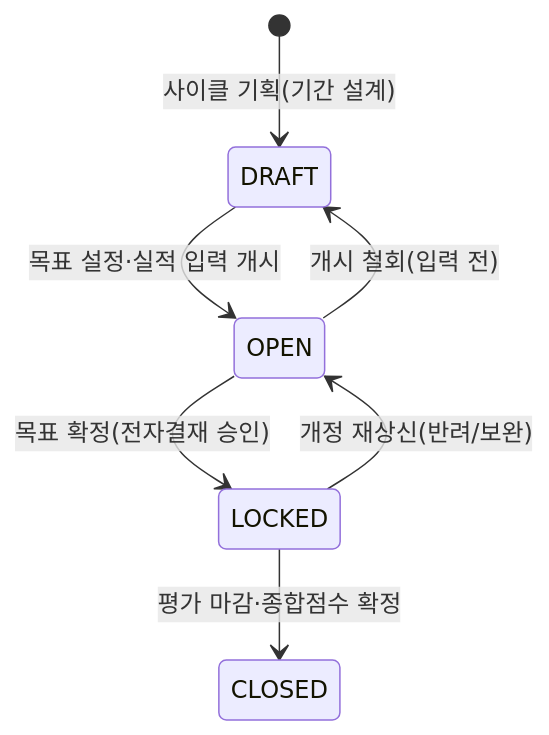
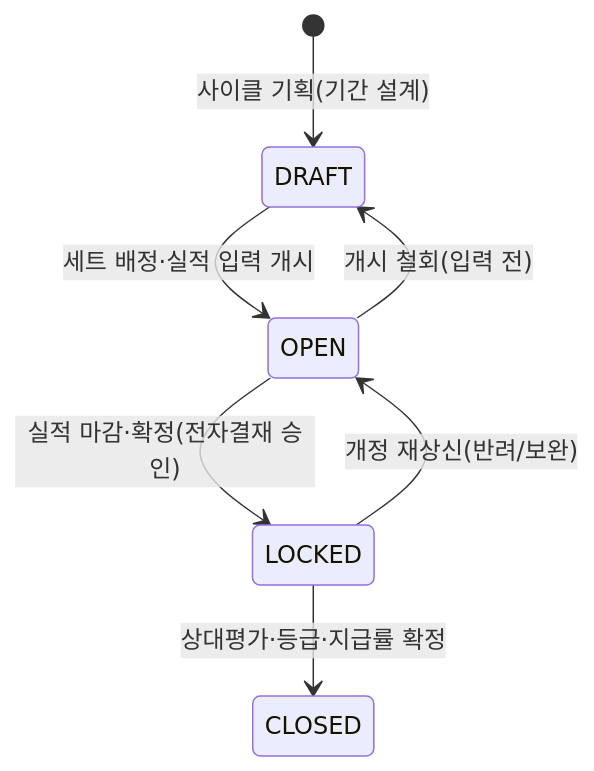
Before and after one commit to ynarcher-dev/ynarcher_works: the diagram in docs/docs_planning/3_7_1_management_performance_kpi.md, drawn with Mermaid. The commit also changed other lines of this file and 2 other files, not shown here.

````diff
--- a/docs/docs_planning/3_7_1_management_performance_kpi.md
+++ b/docs/docs_planning/3_7_1_management_performance_kpi.md
@@ -182,9 +270,9 @@
 ```mermaid
 stateDiagram-v2
     [*] --> DRAFT : 사이클 기획(기간 설계)
-    DRAFT --> OPEN : 목표 설정·실적 입력 개시
-    OPEN --> LOCKED : 목표 확정(전자결재 승인)
-    LOCKED --> CLOSED : 평가 마감·종합점수 확정
+    DRAFT --> OPEN : 세트 배정·실적 입력 개시
+    OPEN --> LOCKED : 실적 마감·확정(전자결재 승인)
+    LOCKED --> CLOSED : 상대평가·등급·지급률 확정
     OPEN --> DRAFT : 개시 철회(입력 전)
     LOCKED --> OPEN : 개정 재상신(반려/보완)
 ```
````
